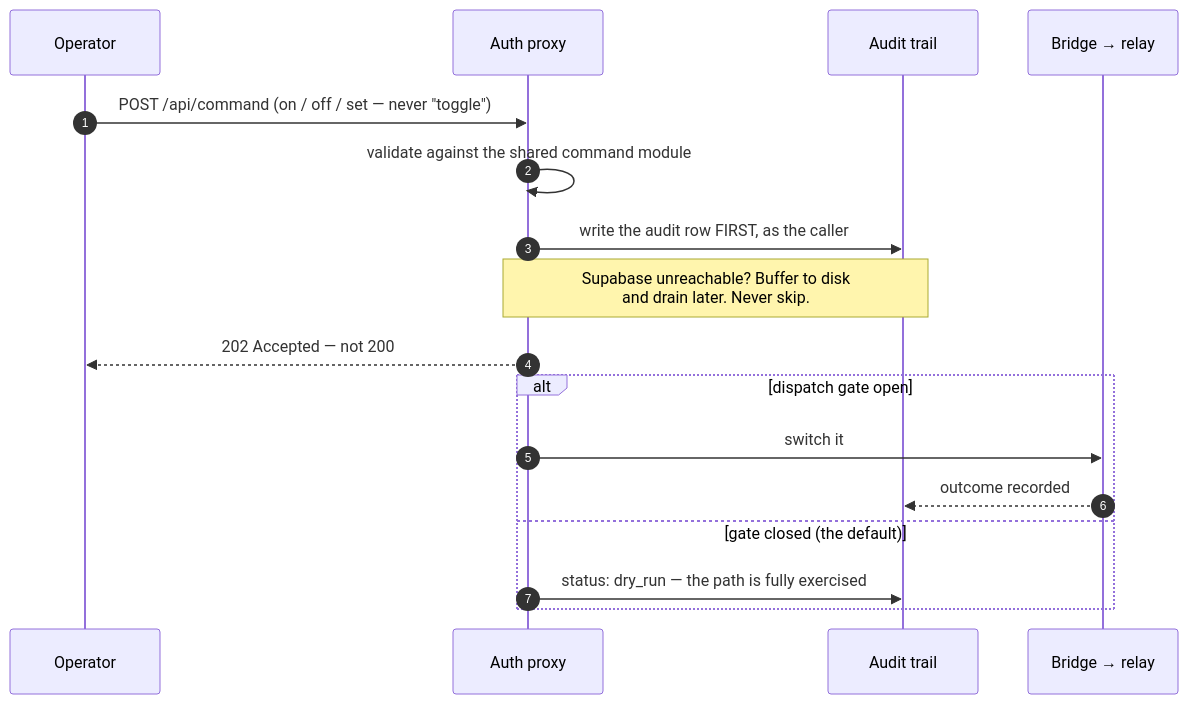
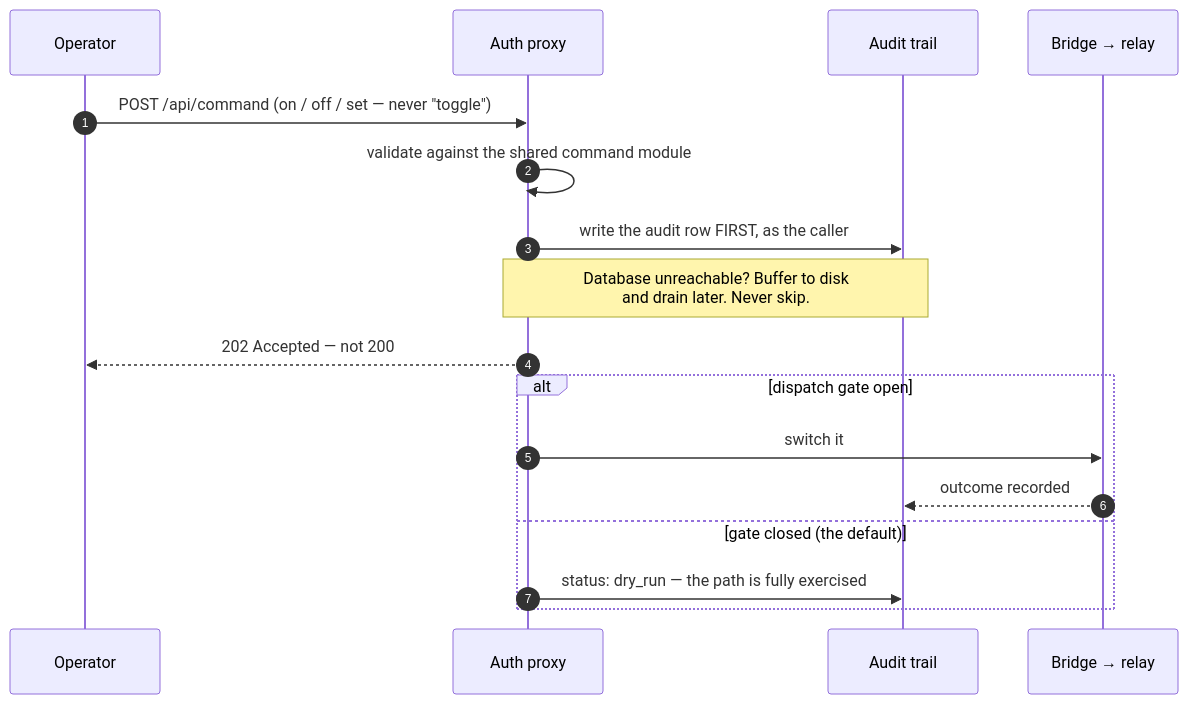
The diagram in README.md (bems2026/bems), drawn with Mermaid before and after one commit. The commit also changed other lines of this file and 22 other files, not shown here.

````diff
--- a/README.md
+++ b/README.md
@@ -101,20 +136,20 @@
 ```mermaid
 sequenceDiagram
     autonumber
     participant U as Operator
     participant P as Auth proxy
     participant D as Audit trail
     participant B as Bridge → relay
 
     U->>P: POST /api/command  (on / off / set — never "toggle")
     P->>P: validate against the shared command module
     P->>D: write the audit row FIRST, as the caller
-    Note over P,D: Supabase unreachable? Buffer to disk<br/>and drain later. Never skip.
+    Note over P,D: Database unreachable? Buffer to disk<br/>and drain later. Never skip.
     P-->>U: 202 Accepted — not 200
     alt dispatch gate open
         P->>B: switch it
         B-->>D: outcome recorded
     else gate closed (the default)
         P->>D: status: dry_run — the path is fully exercised
     end
 ```
````
